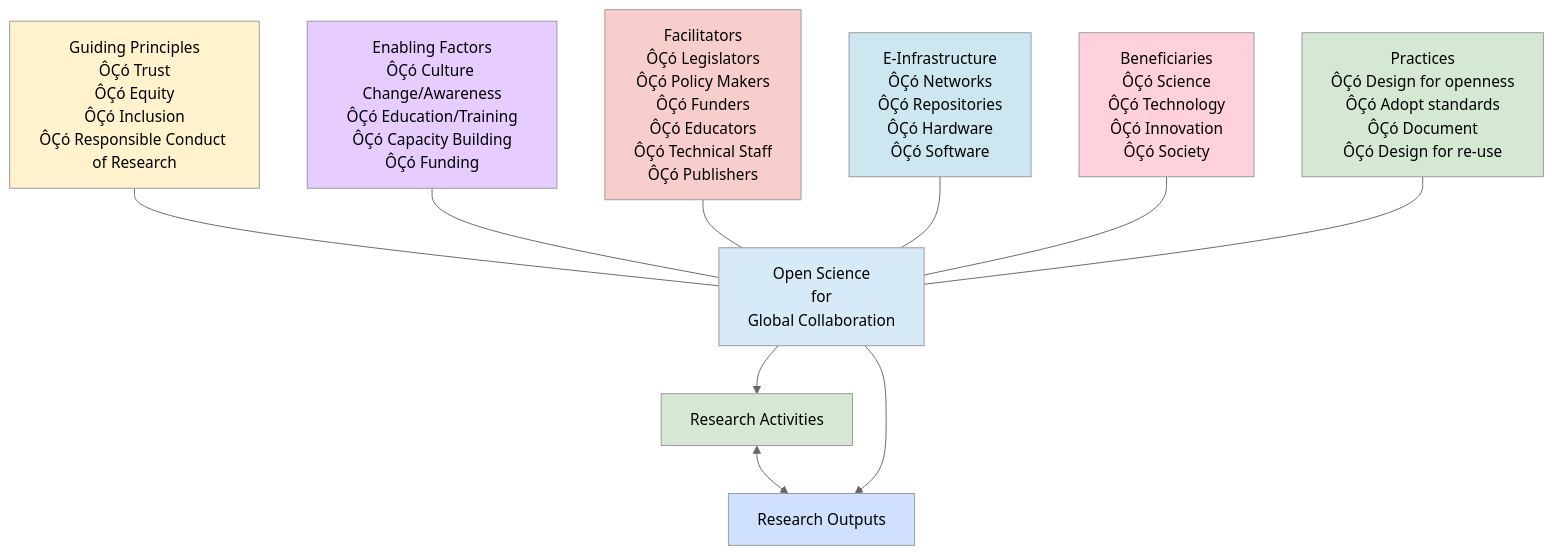
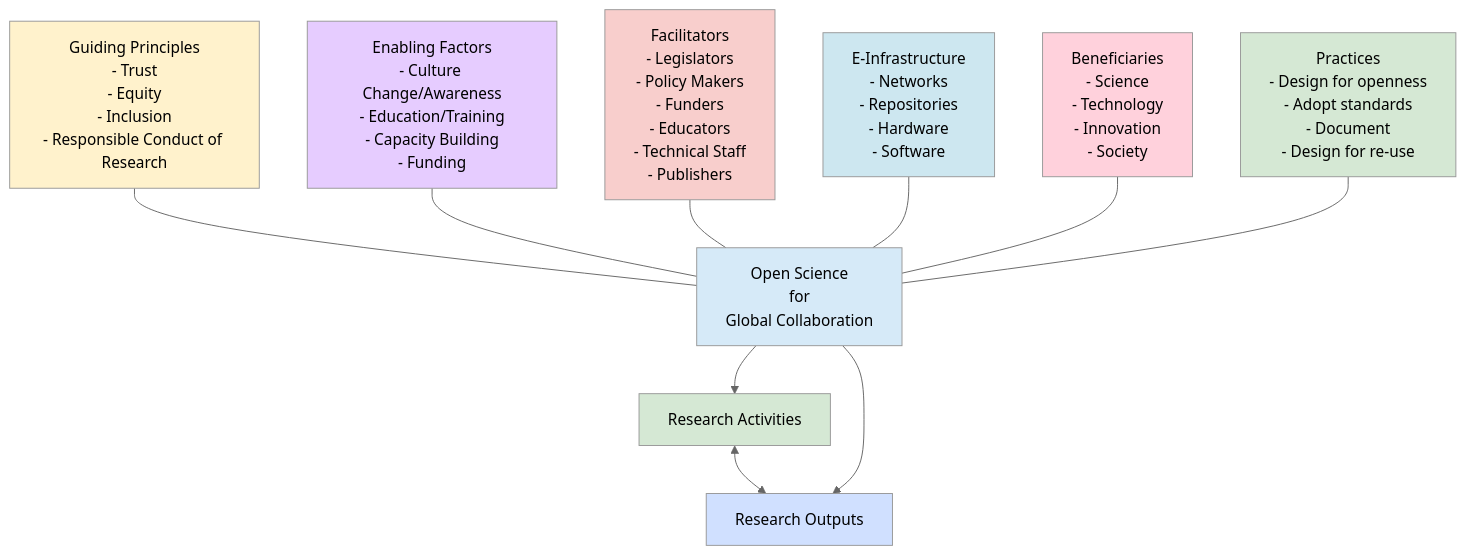
The first of 2 diagrams in 6.4-Open-Science-for-Research-Evaluators.md (Digital-Future-Institute/CoARA), drawn with Mermaid (neutral theme) before and after one commit. The commit also changed other lines of this file and 50 other files, not shown here.

````diff
--- a/6.4-Open-Science-for-Research-Evaluators.md
+++ b/6.4-Open-Science-for-Research-Evaluators.md
@@ -22,45 +22,45 @@
 ```mermaid
 graph TD
 
     OSC["Open Science<br/>for<br/>Global Collaboration"]
 
     RA["Research Activities"]
     RO["Research Outputs"]
 
     RA <--> RO
     OSC --> RA
     OSC --> RO
 
-    GP["Guiding Principles<br/>ÔÇó Trust<br/>ÔÇó Equity<br/>ÔÇó Inclusion<br/>ÔÇó Responsible Conduct of Research"]
-    EF["Enabling Factors<br/>ÔÇó Culture Change/Awareness<br/>ÔÇó Education/Training<br/>ÔÇó Capacity Building<br/>ÔÇó Funding"]
+    GP["Guiding Principles<br/>- Trust<br/>- Equity<br/>- Inclusion<br/>- Responsible Conduct of Research"]
+    EF["Enabling Factors<br/>- Culture Change/Awareness<br/>- Education/Training<br/>- Capacity Building<br/>- Funding"]
 
-    FAC["Facilitators<br/>ÔÇó Legislators<br/>ÔÇó Policy Makers<br/>ÔÇó Funders<br/>ÔÇó Educators<br/>ÔÇó Technical Staff<br/>ÔÇó Publishers"]
+    FAC["Facilitators<br/>- Legislators<br/>- Policy Makers<br/>- Funders<br/>- Educators<br/>- Technical Staff<br/>- Publishers"]
 
-    EI["E-Infrastructure<br/>ÔÇó Networks<br/>ÔÇó Repositories<br/>ÔÇó Hardware<br/>ÔÇó Software"]
+    EI["E-Infrastructure<br/>- Networks<br/>- Repositories<br/>- Hardware<br/>- Software"]
 
-    BEN["Beneficiaries<br/>ÔÇó Science<br/>ÔÇó Technology<br/>ÔÇó Innovation<br/>ÔÇó Society"]
+    BEN["Beneficiaries<br/>- Science<br/>- Technology<br/>- Innovation<br/>- Society"]
 
-    PRA["Practices<br/>ÔÇó Design for openness<br/>ÔÇó Adopt standards<br/>ÔÇó Document<br/>ÔÇó Design for re-use"]
+    PRA["Practices<br/>- Design for openness<br/>- Adopt standards<br/>- Document<br/>- Design for re-use"]
 
     GP --- OSC
     EF --- OSC
     FAC --- OSC
     EI --- OSC
     BEN --- OSC
     PRA --- OSC
 
 %% Pastel styling with black text
 style OSC fill:#D6EAF8,color:#000000
 
 style RA fill:#D5E8D4,color:#000000
 style RO fill:#D0E0FF,color:#000000
 
 style GP fill:#FFF2CC,color:#000000
 style EF fill:#E6CCFF,color:#000000
 
 style FAC fill:#F8CECC,color:#000000
 style EI fill:#CDE7F0,color:#000000
 
 style BEN fill:#FFD1DC,color:#000000
 style PRA fill:#D5E8D4,color:#000000
 ```
````
